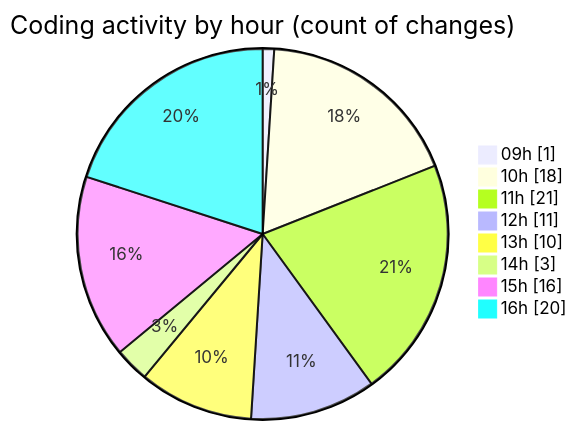
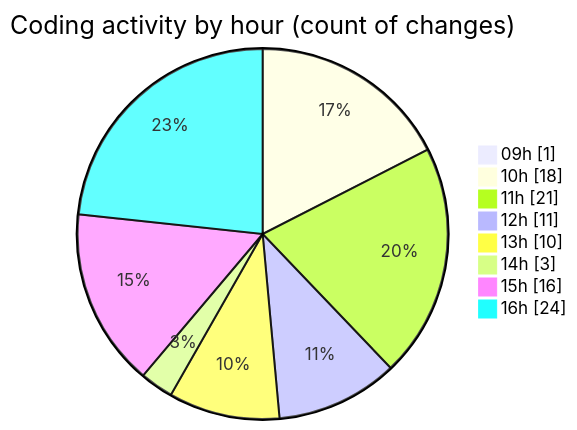
The second of 2 diagrams in 2026-08-11/cda/README.md (momahboobian/code-tracking), drawn with Mermaid before and after one commit. The commit also changed other lines of this file and 1 other file, not shown here.

````diff
--- a/2026-08-11/cda/README.md
+++ b/2026-08-11/cda/README.md
@@ -72,12 +73,12 @@
 ```mermaid
 pie showData
 title Coding activity by hour (count of changes)
 "09h" : 1
 "10h" : 18
 "11h" : 21
 "12h" : 11
 "13h" : 10
 "14h" : 3
 "15h" : 16
-"16h" : 20
+"16h" : 24
 ```
````
